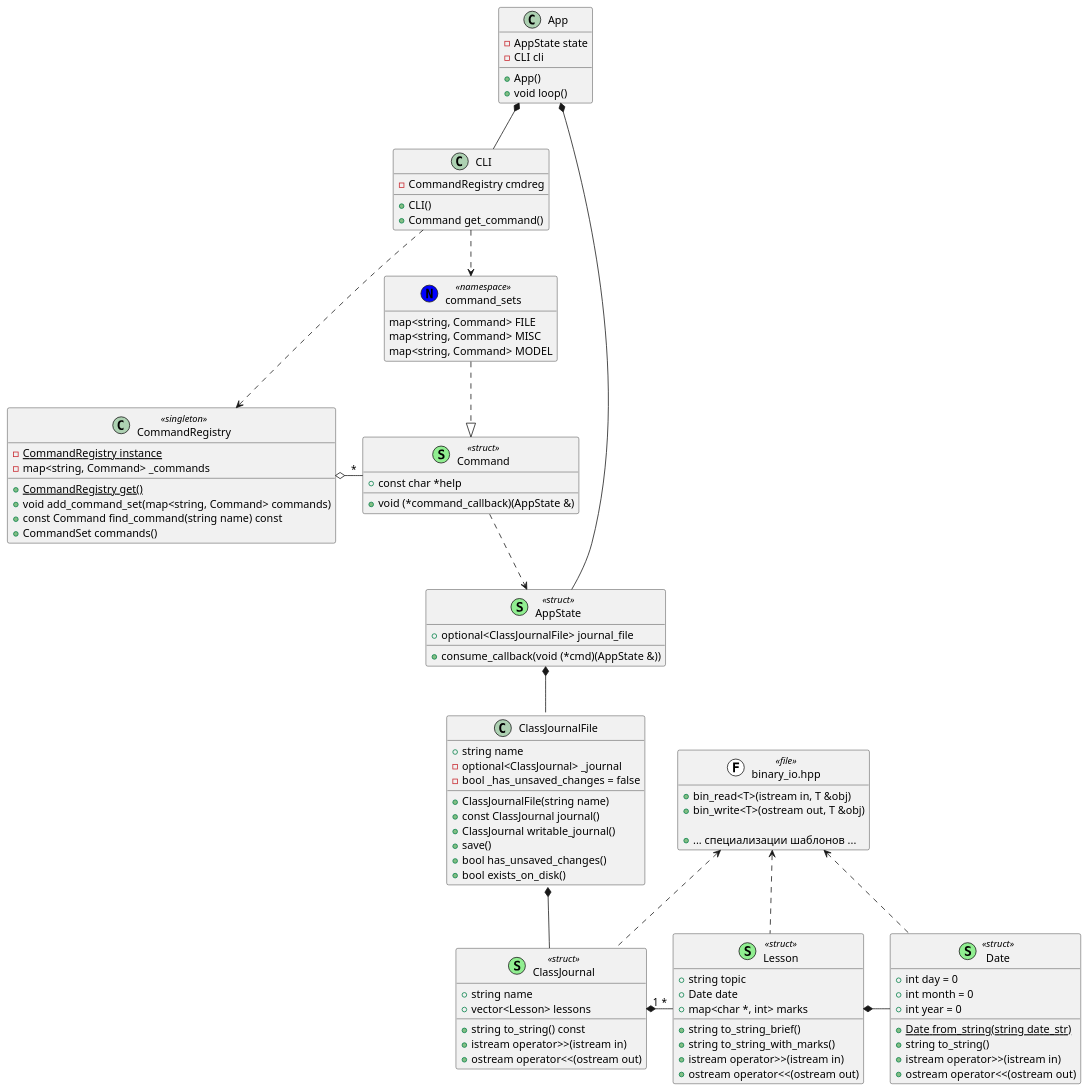
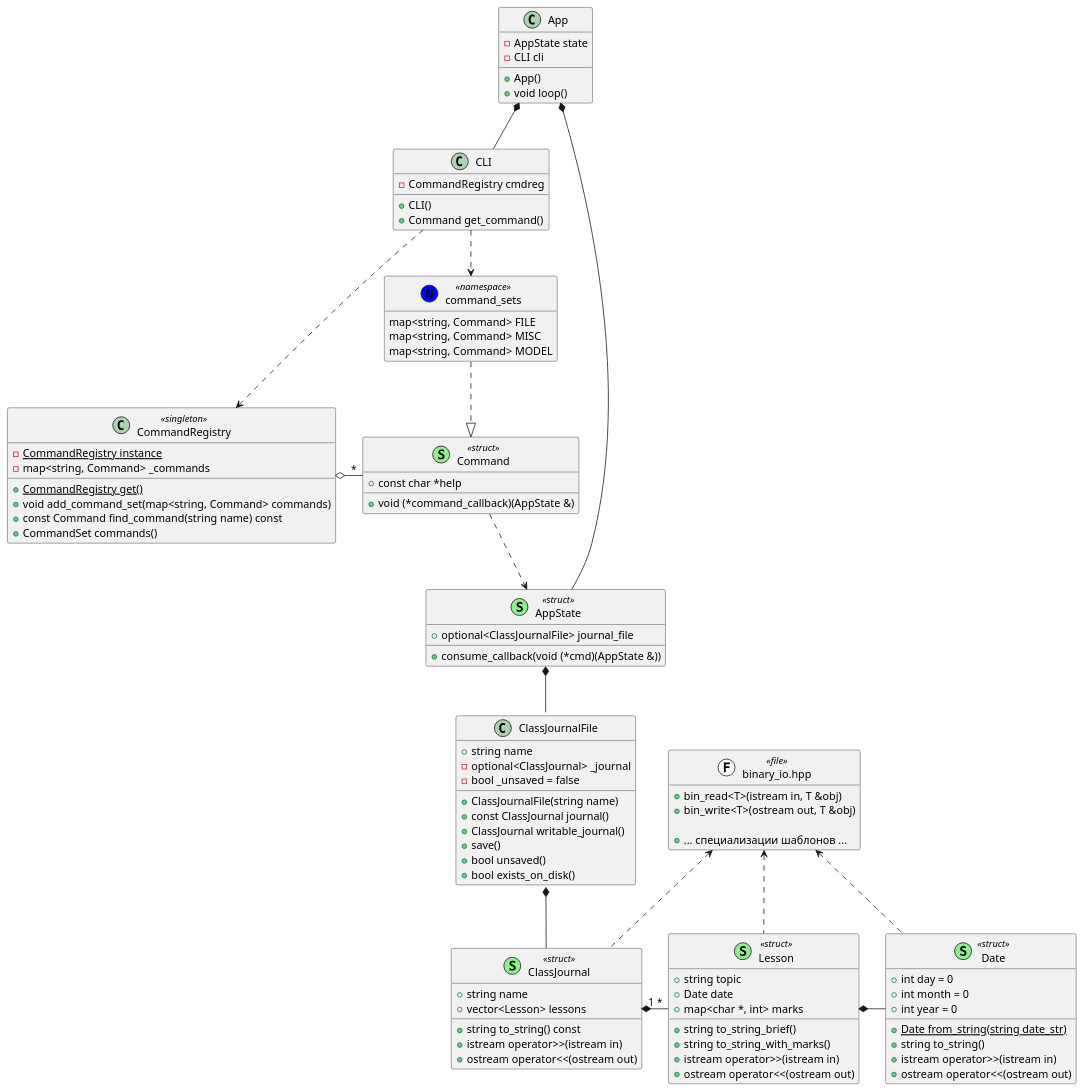
One commit to pivandco/university changed the diagram in IOOverride/9/classes.puml. Above: the diagram before and after it, drawn with PlantUML. The commit also changed 6 other files, not shown here.

```diff
--- a/IOOverride/9/classes.puml
+++ b/IOOverride/9/classes.puml
@@ -1,129 +1,129 @@
 @startuml IO_Override_9
 
 hide empty members
 remove FileIsEmptyException
 set namespaceSeparator none
 
 ' class main.cpp <<(F,white) file>> {
 '     App app
 '     int main()
 ' }
 ' main.cpp::app *-- App
 ' main.cpp::main ..> CommandRegistry
 ' main.cpp::main ..> command_sets
 
 class App {
     - AppState state
     - CLI cli
 
     + App()
     + void loop()
 }
 App *-- CLI
 App *-- AppState
 
 class CLI {
     + CLI()
     + Command get_command()
 
     - CommandRegistry cmdreg
 }
 CLI ..> CommandRegistry
 CLI ..> command_sets
 
 class AppState <<(S,lightgreen) struct>> {
     + optional<ClassJournalFile> journal_file
     + consume_callback(void (*cmd)(AppState &))
 }
 AppState *-- ClassJournalFile
 
 together {
     class Command <<(S,lightgreen) struct>> {
         + const char *help
         + void (*command_callback)(AppState &)
     }
     Command ..> AppState
 
     class CommandRegistry <<singleton>> {
         - {static} CommandRegistry instance
         - map<string, Command> _commands
 
         + {static} CommandRegistry get()
         + void add_command_set(map<string, Command> commands)
         + const Command find_command(string name) const
         + CommandSet commands()
     }
     CommandRegistry o- "*" Command
 
     class command_sets<<(N,blue) namespace>> {
         map<string, Command> FILE
         map<string, Command> MISC
         map<string, Command> MODEL
     }
     command_sets ..|> Command
 }
 ' note top : Команды содержатся\nв глобальном массиве COMMANDS в commands.cpp.
 
 together {
     class ClassJournalFile {
         + string name
         - optional<ClassJournal> _journal
-        - bool _has_unsaved_changes = false
+        - bool _unsaved = false
 
         + ClassJournalFile(string name)
         + const ClassJournal journal()
         + ClassJournal writable_journal()
         + save()
-        + bool has_unsaved_changes()
+        + bool unsaved()
         + bool exists_on_disk()
     }
     ClassJournalFile *-- ClassJournal
 
     class ClassJournal <<(S,lightgreen) struct>> {
         + string name
         + vector<Lesson> lessons
 
         + string to_string() const
         + istream operator>>(istream in)
         + ostream operator<<(ostream out)
     }
     ClassJournal "1" *- "*" Lesson
 }
 
 class FileIsEmptyException <<(E,red) exception>>
 FileIsEmptyException <. ClassJournalFile::load
 
 class Lesson <<(S,lightgreen) struct>> {
     + string topic
     + Date date
     + map<char *, int> marks
 
     + string to_string_brief()
     + string to_string_with_marks()
     + istream operator>>(istream in)
     + ostream operator<<(ostream out)
 }
 Lesson *- Date
 
 class Date <<(S,lightgreen) struct>> {
     + int day = 0
     + int month = 0
     + int year = 0
 
     + {static} Date from_string(string date_str)
     + string to_string()
     + istream operator>>(istream in)
     + ostream operator<<(ostream out)
 }
 
 class binary_io.hpp <<(F,white) file>> {
     + bin_read<T>(istream in, T &obj)
     + bin_write<T>(ostream out, T &obj)
 
     + {method} ... специализации шаблонов ...
 }
 binary_io.hpp <.. ClassJournal
 binary_io.hpp <.. Lesson
 binary_io.hpp <.. Date
 
 @enduml
```
